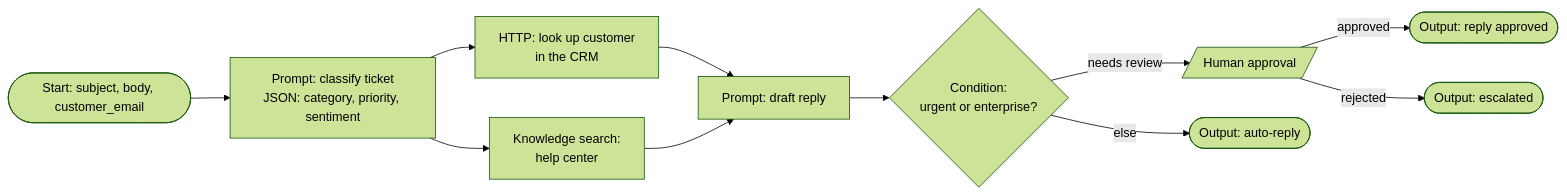
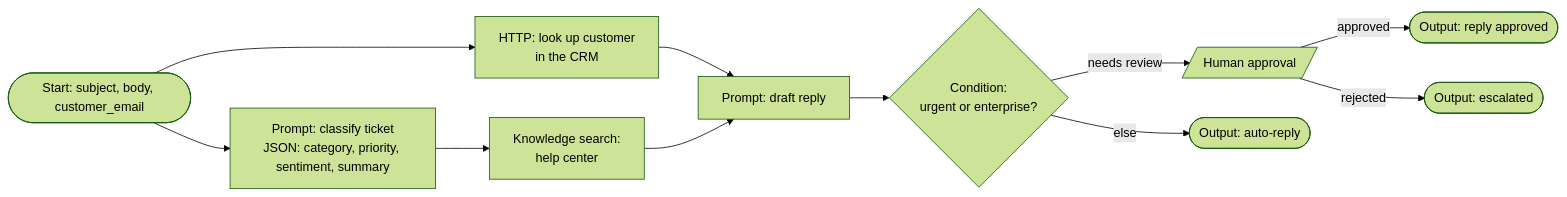
Before and after one commit to euron-sde-team/euron-agent-studio: the first of 6 diagrams in docs/architecture/HLD.md, drawn with Mermaid (forest theme). The commit also changed other lines of this file and 1 other file, not shown here.

Commit message:
docs: match the HLD's example flow to the template and note first-account risk

````diff
--- a/docs/architecture/HLD.md
+++ b/docs/architecture/HLD.md
@@ -54,13 +54,13 @@
 ```mermaid
 flowchart LR
-  start([Start: subject, body, customer_email]) --> classify[Prompt: classify ticket<br/>JSON: category, priority, sentiment]
-  classify --> crm[HTTP: look up customer<br/>in the CRM]
+  start([Start: subject, body, customer_email]) --> classify[Prompt: classify ticket<br/>JSON: category, priority, sentiment, summary]
+  start --> crm[HTTP: look up customer<br/>in the CRM]
   classify --> kb[Knowledge search:<br/>help center]
   crm --> draft[Prompt: draft reply]
   kb --> draft
   draft --> route{Condition:<br/>urgent or enterprise?}
   route -- needs review --> approve[/Human approval/]
   route -- else --> auto([Output: auto-reply])
   approve -- approved --> sent([Output: reply approved])
   approve -- rejected --> esc([Output: escalated])
 ```
````
